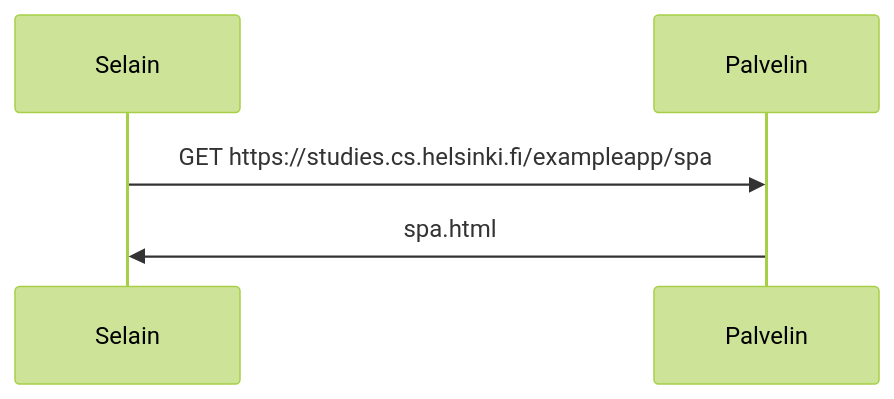
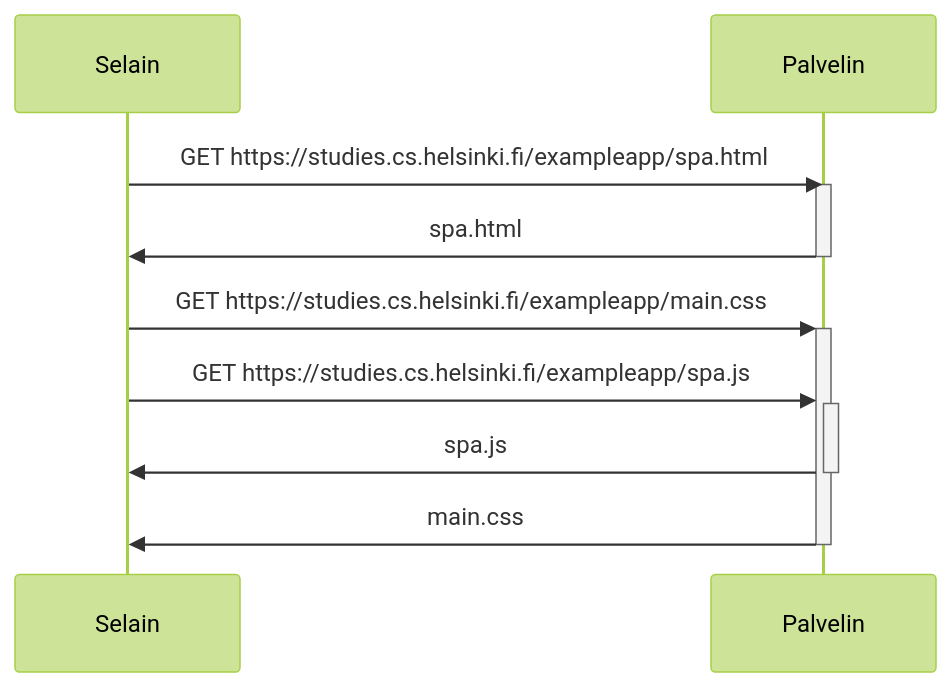
One commit to PasiParviainen/Fullstackosa0 changed the diagram in 0.5.md. Above: the diagram before and after it, drawn with Mermaid (forest theme).

````diff
--- a/0.5.md
+++ b/0.5.md
@@ -1,8 +1,15 @@
 ```mermaid
 sequenceDiagram
   Participant S as Selain
   Participant P as Palvelin
 
-  S->>P: GET https://studies.cs.helsinki.fi/exampleapp/spa
+  S->>P: GET https://studies.cs.helsinki.fi/exampleapp/spa.html
+  activate P
   P->>S: spa.html
+  deactivate P
+
+  S->>+P: GET https://studies.cs.helsinki.fi/exampleapp/main.css
+  S->>+P: GET https://studies.cs.helsinki.fi/exampleapp/spa.js
+  P->>-S: spa.js
+  P->>-S: main.css
 ```
````
